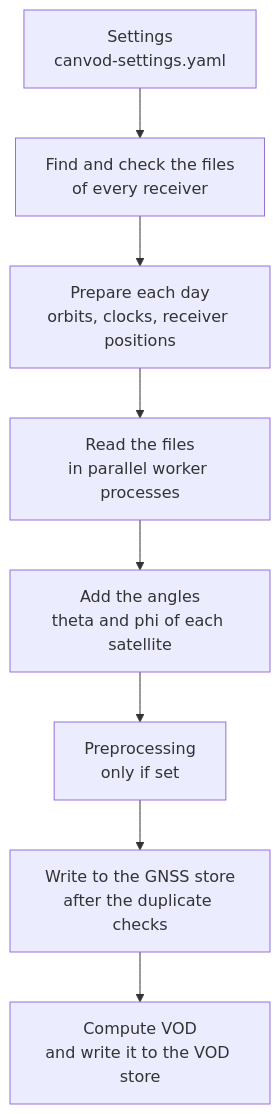
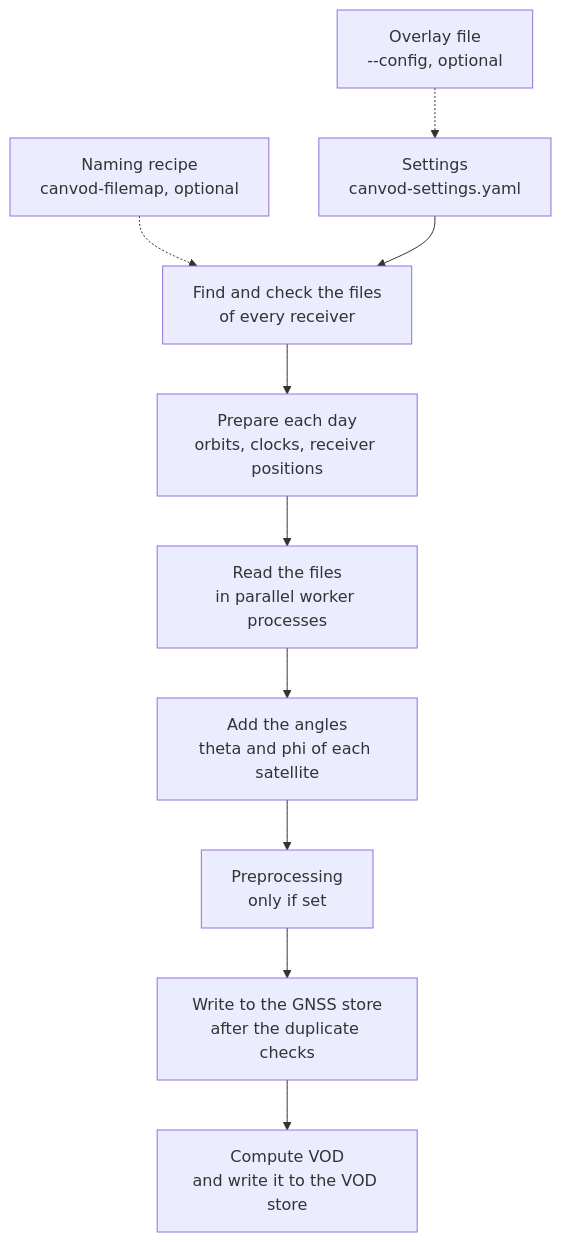
Before and after one commit to TUW-GEO/canvodpy: the second of 2 diagrams in docs/architecture.md, drawn with Mermaid. The commit also changed other lines of this file and 1 other file, not shown here.

Commit message:
docs: show the overlay file and naming recipe as optional inputs of a run

````diff
--- a/docs/architecture.md
+++ b/docs/architecture.md
@@ -116,11 +116,13 @@
 ```mermaid
 flowchart TD
+    OVERLAY["Overlay file<br/>--config, optional"] -.-> SETTINGS
+    RECIPE["Naming recipe<br/>canvod-filemap, optional"] -.-> FIND
     SETTINGS["Settings<br/>canvod-settings.yaml"] --> FIND
     FIND["Find and check the files<br/>of every receiver"] --> PREP
     PREP["Prepare each day<br/>orbits, clocks, receiver positions"] --> READ
     READ["Read the files<br/>in parallel worker processes"] --> ANGLES
     ANGLES["Add the angles<br/>theta and phi of each satellite"] --> PRE
     PRE["Preprocessing<br/>only if set"] --> WRITE
     WRITE["Write to the GNSS store<br/>after the duplicate checks"] --> VODSTEP
     VODSTEP["Compute VOD<br/>and write it to the VOD store"]
 ```
````
